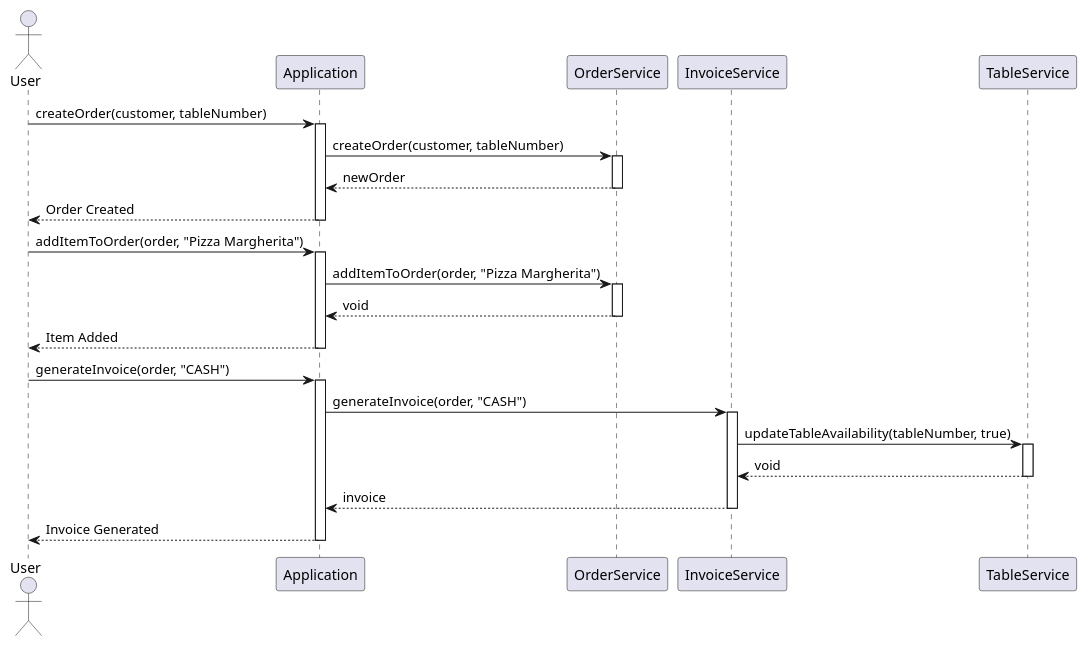
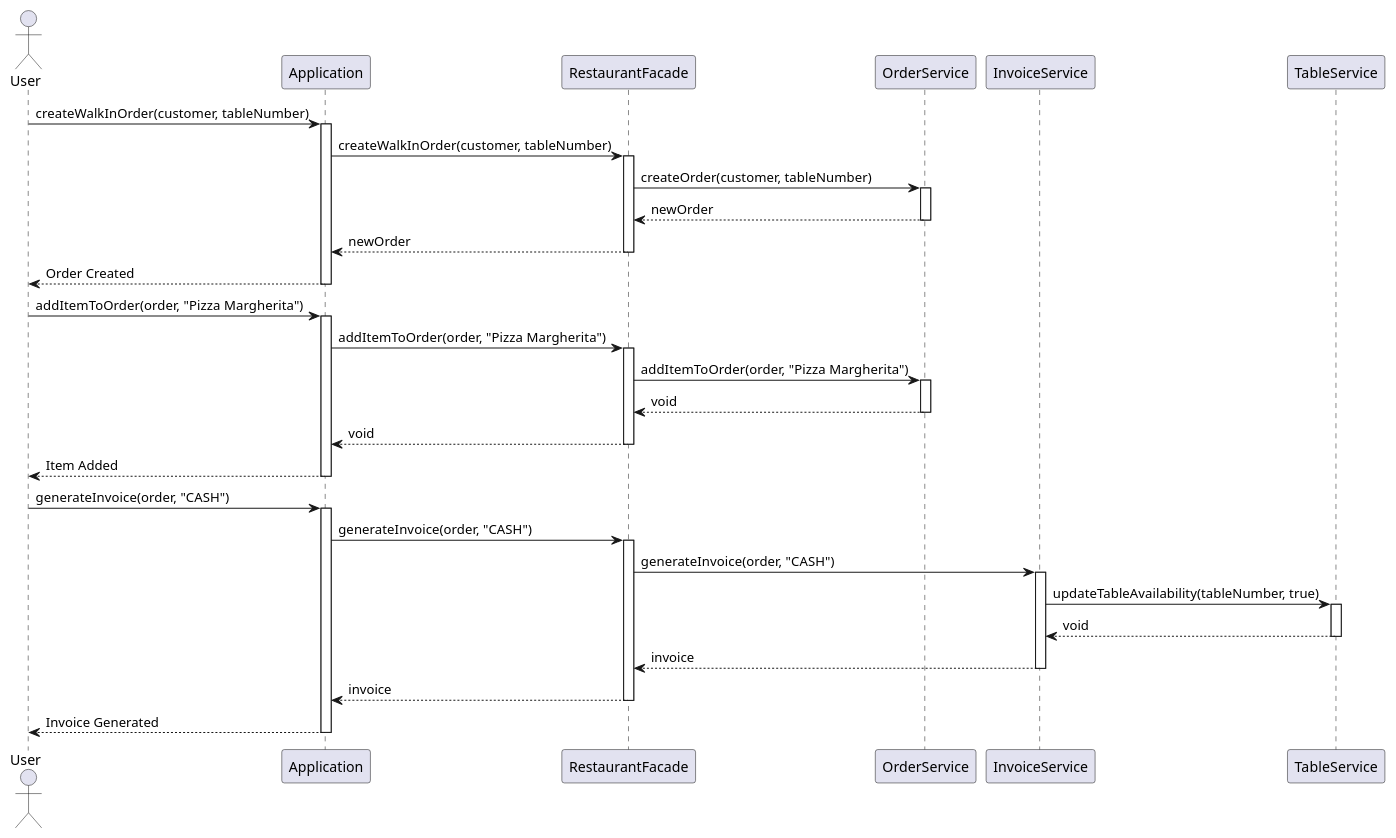
The diagram in diagrams/sequence_order_invoice.puml (luisssfps/proyecto-fps), drawn with PlantUML before and after one commit. The commit also changed 4 other files, not shown here.

Commit message:
actualizando diagramas y archivo readme

```diff
--- a/diagrams/sequence_order_invoice.puml
+++ b/diagrams/sequence_order_invoice.puml
@@ -1,43 +1,56 @@
 @startuml
-' Diagrama de Secuencia: Pedido y Facturación
+' Diagrama de Secuencia: Pedido y Facturación (con Facade)
 
 actor User
 participant Application
+participant RestaurantFacade
 participant OrderService
 participant InvoiceService
 participant TableService
 
-User -> Application: createOrder(customer, tableNumber)
+User -> Application: createWalkInOrder(customer, tableNumber)
 activate Application
-Application -> OrderService: createOrder(customer, tableNumber)
+Application -> RestaurantFacade: createWalkInOrder(customer, tableNumber)
+activate RestaurantFacade
+RestaurantFacade -> OrderService: createOrder(customer, tableNumber)
 activate OrderService
-OrderService --> Application: newOrder
+OrderService --> RestaurantFacade: newOrder
 deactivate OrderService
+RestaurantFacade --> Application: newOrder
+deactivate RestaurantFacade
 Application --> User: Order Created
 deactivate Application
 
 User -> Application: addItemToOrder(order, "Pizza Margherita")
 activate Application
-Application -> OrderService: addItemToOrder(order, "Pizza Margherita")
+Application -> RestaurantFacade: addItemToOrder(order, "Pizza Margherita")
+activate RestaurantFacade
+RestaurantFacade -> OrderService: addItemToOrder(order, "Pizza Margherita")
 activate OrderService
-OrderService --> Application: void
+OrderService --> RestaurantFacade: void
 deactivate OrderService
+RestaurantFacade --> Application: void
+deactivate RestaurantFacade
 Application --> User: Item Added
 deactivate Application
 
 User -> Application: generateInvoice(order, "CASH")
 activate Application
-Application -> InvoiceService: generateInvoice(order, "CASH")
+Application -> RestaurantFacade: generateInvoice(order, "CASH")
+activate RestaurantFacade
+RestaurantFacade -> InvoiceService: generateInvoice(order, "CASH")
 activate InvoiceService
 
 InvoiceService -> TableService: updateTableAvailability(tableNumber, true)
 activate TableService
 TableService --> InvoiceService: void
 deactivate TableService
 
-InvoiceService --> Application: invoice
+InvoiceService --> RestaurantFacade: invoice
 deactivate InvoiceService
+RestaurantFacade --> Application: invoice
+deactivate RestaurantFacade
 Application --> User: Invoice Generated
 deactivate Application
 
 @enduml
```
